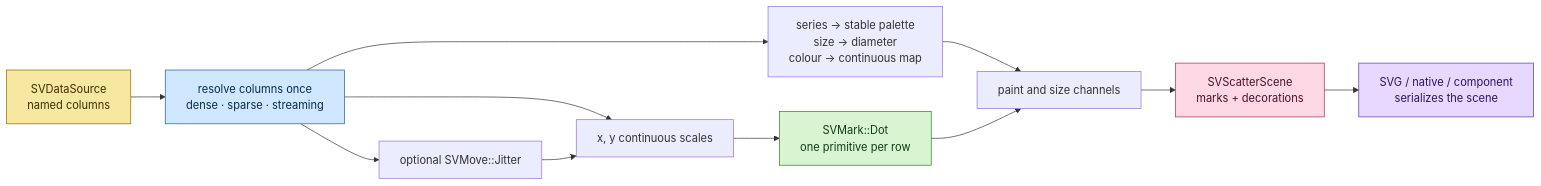
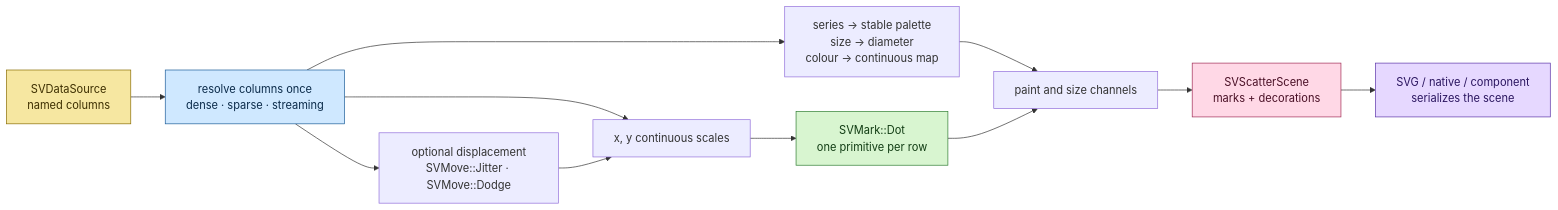
The diagram in docs/src/development-explained/ch16-scatter-plot.md (neurono-ml/scienceview), drawn with Mermaid before and after one commit. The commit also changed other lines of this file and 5 other files, not shown here.

Commit message:
docs(scatter): embed the figure, fix the test table and document backend dispatch

````diff
--- a/docs/src/development-explained/ch16-scatter-plot.md
+++ b/docs/src/development-explained/ch16-scatter-plot.md
@@ -29,19 +36,19 @@
 ```mermaid
 flowchart LR
     A["SVDataSource<br/>named columns"] --> B["resolve columns once<br/>dense · sparse · streaming"]
     B --> C["x, y continuous scales"]
     B --> D["series → stable palette<br/>size → diameter<br/>colour → continuous map"]
-    B --> E["optional SVMove::Jitter"]
+    B --> E["optional displacement<br/>SVMove::Jitter · SVMove::Dodge"]
     E --> C
     C --> F["SVMark::Dot<br/>one primitive per row"]
     D --> G["paint and size channels"]
     F --> G
     G --> H["SVScatterScene<br/>marks + decorations"]
     H --> I["SVG / native / component<br/>serializes the scene"]
 
     style A fill:#f6e7a1,stroke:#8a6d00,color:#3d2f00
     style B fill:#cfe8ff,stroke:#1c5d99,color:#0b2b4a
     style F fill:#d8f5d0,stroke:#2f7d32,color:#123d14
     style H fill:#ffd8e6,stroke:#a12b55,color:#4a1026
     style I fill:#e6d8ff,stroke:#5a34a8,color:#2b1660
 ```
````
